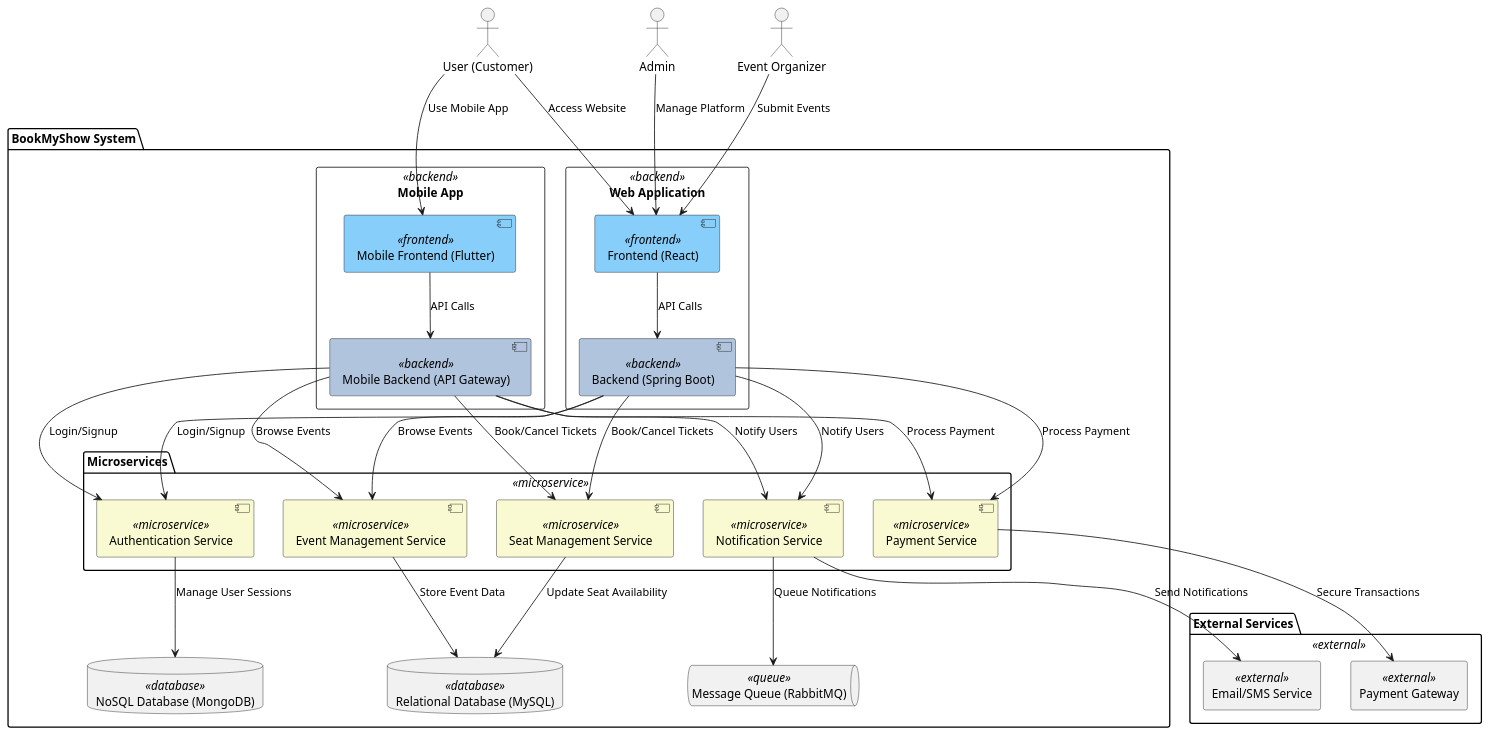
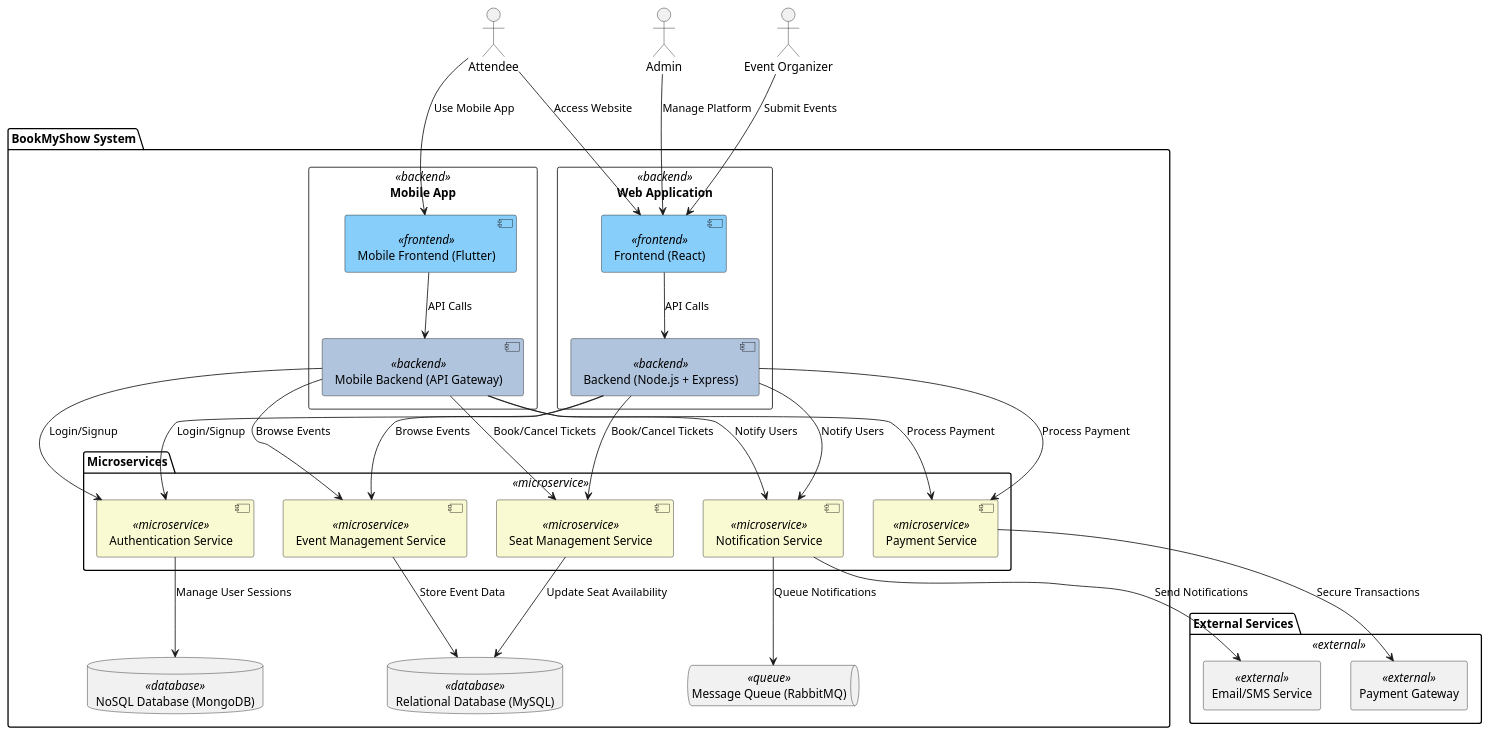
The diagram in Assignment 02/Diagrams/Container.puml (IIITLucknowSWEngg/CSITTeam012), drawn with PlantUML before and after one commit.

```diff
--- a/Assignment 02/Diagrams/Container.puml
+++ b/Assignment 02/Diagrams/Container.puml
@@ -1,86 +1,85 @@
 @startuml
 
-' Colors for components and packages
 skinparam component {
     BackgroundColor<<frontend>> LightSkyBlue
     BackgroundColor<<backend>> LightSteelBlue
     BackgroundColor<<microservice>> LightGoldenrodYellow
     BackgroundColor<<database>> LightGreen
     BackgroundColor<<queue>> Moccasin
     BackgroundColor<<external>> Lavender
 }
 
 ' External Users
-actor "User (Customer)" as User
+actor "Attendee" as Attendee
 actor "Admin" as Admin
 actor "Event Organizer" as EventOrganizer
 
 ' System Boundary: BookMyShow
 package "BookMyShow System" {
 
     ' Web Application
     rectangle "Web Application" as WebApp <<backend>> {
         component "Frontend (React)" as WebFrontend <<frontend>>
-        component "Backend (Spring Boot)" as WebBackend <<backend>>
+        component "Backend (Node.js + Express)" as WebBackend <<backend>>
     }
 
     ' Mobile Application
     rectangle "Mobile App" as MobileApp <<backend>> {
         component "Mobile Frontend (Flutter)" as MobileFrontend <<frontend>>
         component "Mobile Backend (API Gateway)" as MobileBackend <<backend>>
     }
 
     ' Microservices
     package "Microservices" <<microservice>> {
         component "Authentication Service" as AuthService <<microservice>>
         component "Event Management Service" as EventService <<microservice>>
         component "Seat Management Service" as SeatService <<microservice>>
         component "Payment Service" as PaymentService <<microservice>>
         component "Notification Service" as NotificationService <<microservice>>
     }
 
     ' Data Storage
     database "Relational Database (MySQL)" as RelationalDB <<database>>
     database "NoSQL Database (MongoDB)" as NoSQLDB <<database>>
     queue "Message Queue (RabbitMQ)" as MessageQueue <<queue>>
 }
 
 ' External Services
 package "External Services" <<external>> {
     rectangle "Payment Gateway" as PaymentGateway <<external>>
     rectangle "Email/SMS Service" as EmailService <<external>>
 }
 
 ' Relationships and Data Flow
-User --> WebFrontend : "Access Website"
-User --> MobileFrontend : "Use Mobile App"
+Attendee --> WebFrontend : "Access Website"
+Attendee --> MobileFrontend : "Use Mobile App"
 WebFrontend --> WebBackend : "API Calls"
 MobileFrontend --> MobileBackend : "API Calls"
 
 WebBackend --> AuthService : "Login/Signup"
 MobileBackend --> AuthService : "Login/Signup"
 
 WebBackend --> EventService : "Browse Events"
 MobileBackend --> EventService : "Browse Events"
 
 WebBackend --> SeatService : "Book/Cancel Tickets"
 MobileBackend --> SeatService : "Book/Cancel Tickets"
 
 WebBackend --> PaymentService : "Process Payment"
 MobileBackend --> PaymentService : "Process Payment"
 
 PaymentService --> PaymentGateway : "Secure Transactions"
 
 NotificationService --> EmailService : "Send Notifications"
 WebBackend --> NotificationService : "Notify Users"
 MobileBackend --> NotificationService : "Notify Users"
 
 EventService --> RelationalDB : "Store Event Data"
 SeatService --> RelationalDB : "Update Seat Availability"
 AuthService --> NoSQLDB : "Manage User Sessions"
 NotificationService --> MessageQueue : "Queue Notifications"
 
 Admin --> WebFrontend : "Manage Platform"
 EventOrganizer --> WebFrontend : "Submit Events"
 
 @enduml
```
